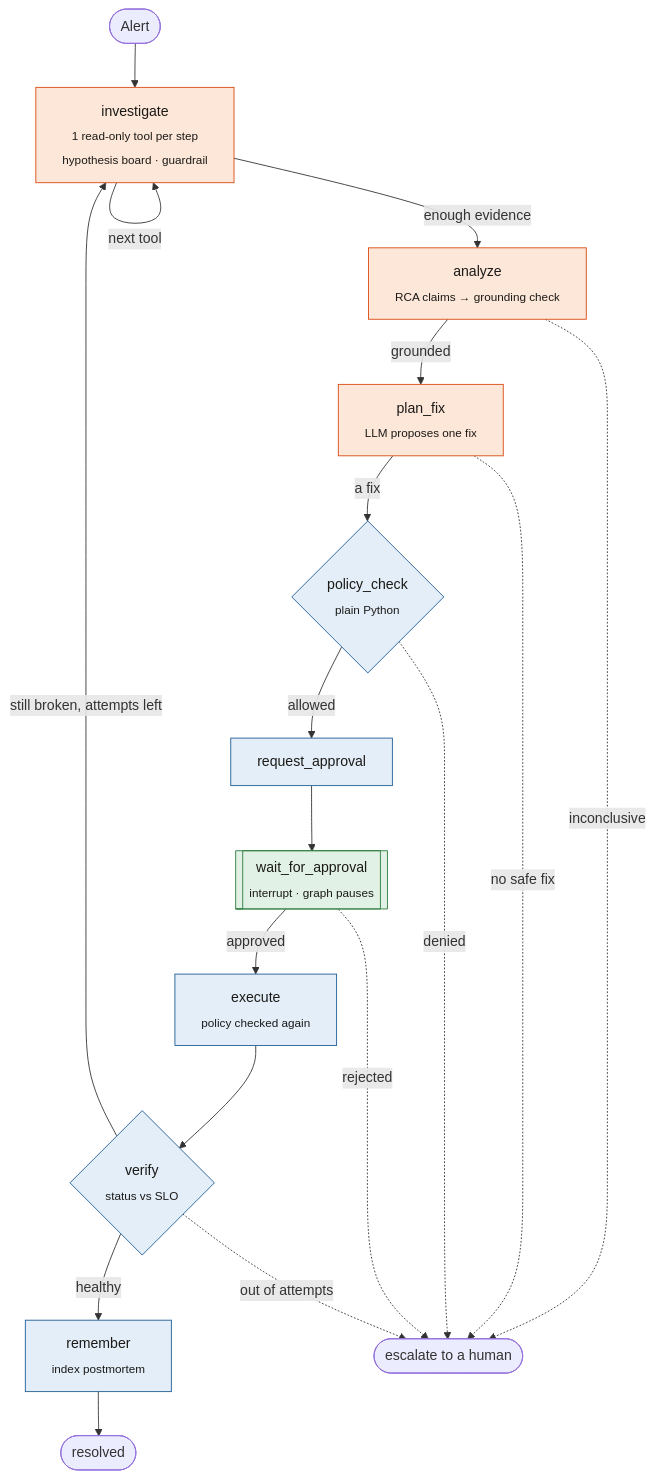
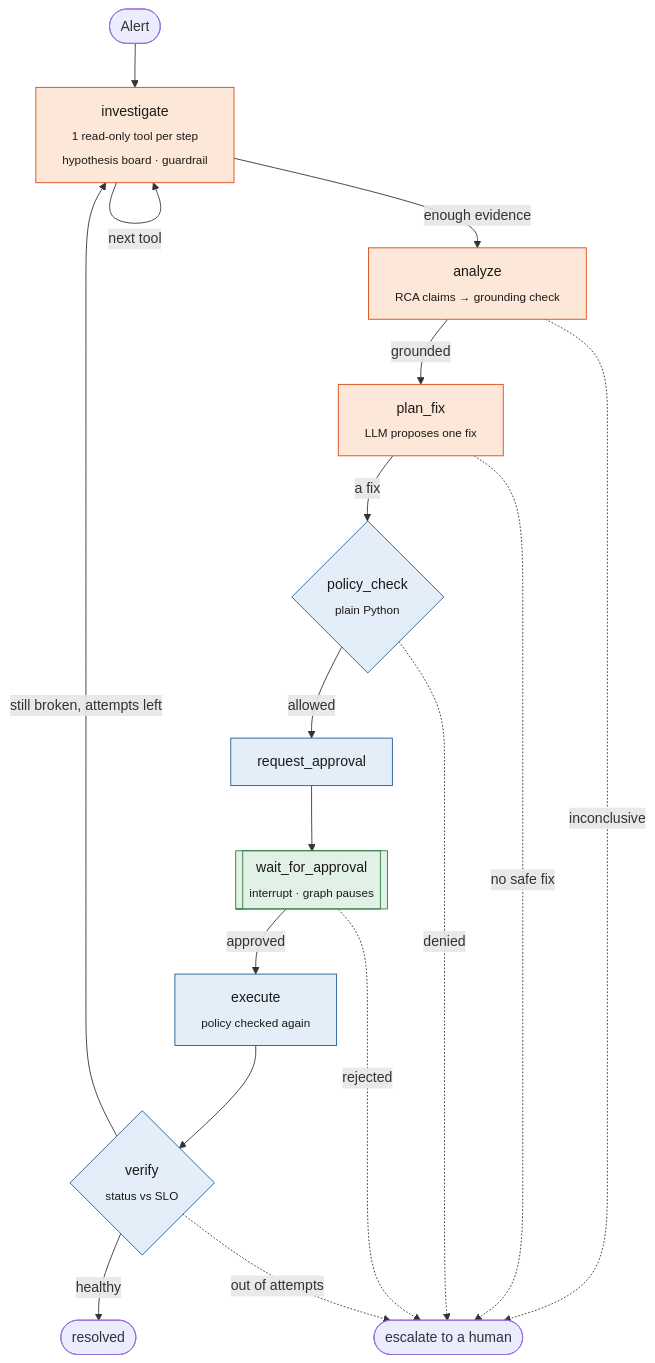
Before and after one commit to umangbagadi03/incidentpilot: the first of 4 diagrams in README.md, drawn with Mermaid. The commit also changed other lines of this file and 15 other files, not shown here.

````diff
--- a/README.md
+++ b/README.md
@@ -57,27 +57,27 @@
 ```mermaid
 flowchart TD
     A([Alert]) --> I[investigate<br/><sub>1 read-only tool per step<br/>hypothesis board · guardrail</sub>]
     I -- next tool --> I
     I -- enough evidence --> R[analyze<br/><sub>RCA claims → grounding check</sub>]
     R -- grounded --> P[plan_fix<br/><sub>LLM proposes one fix</sub>]
     P -- a fix --> PC{policy_check<br/><sub>plain Python</sub>}
     PC -- allowed --> RQ[request_approval]
     RQ --> W[[wait_for_approval<br/><sub>interrupt · graph pauses</sub>]]
     W -- approved --> X[execute<br/><sub>policy checked again</sub>]
     X --> V{verify<br/><sub>status vs SLO</sub>}
-    V -- healthy --> M[remember<br/><sub>index postmortem</sub>] --> OK([resolved])
+    V -- healthy --> OK([resolved])
     V -- still broken, attempts left --> I
 
     R -. inconclusive .-> E([escalate to a human])
     P -. no safe fix .-> E
     PC -. denied .-> E
     W -. rejected .-> E
     V -. out of attempts .-> E
 
     classDef llm fill:#fde7d9,stroke:#d9480f,color:#1b1a17
     classDef code fill:#e3eef8,stroke:#1d5b94,color:#1b1a17
     classDef human fill:#e2f1e5,stroke:#2b7a3d,color:#1b1a17
     class I,R,P llm
-    class PC,RQ,X,V,M code
+    class PC,RQ,X,V code
     class W human
 ```
````
